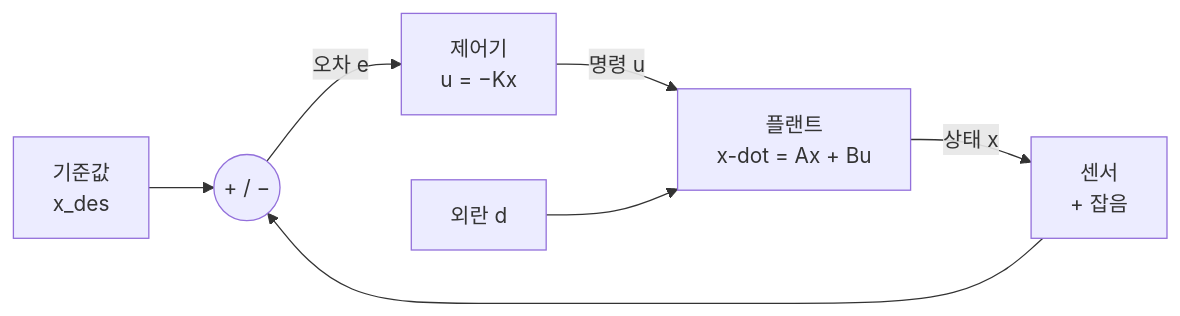
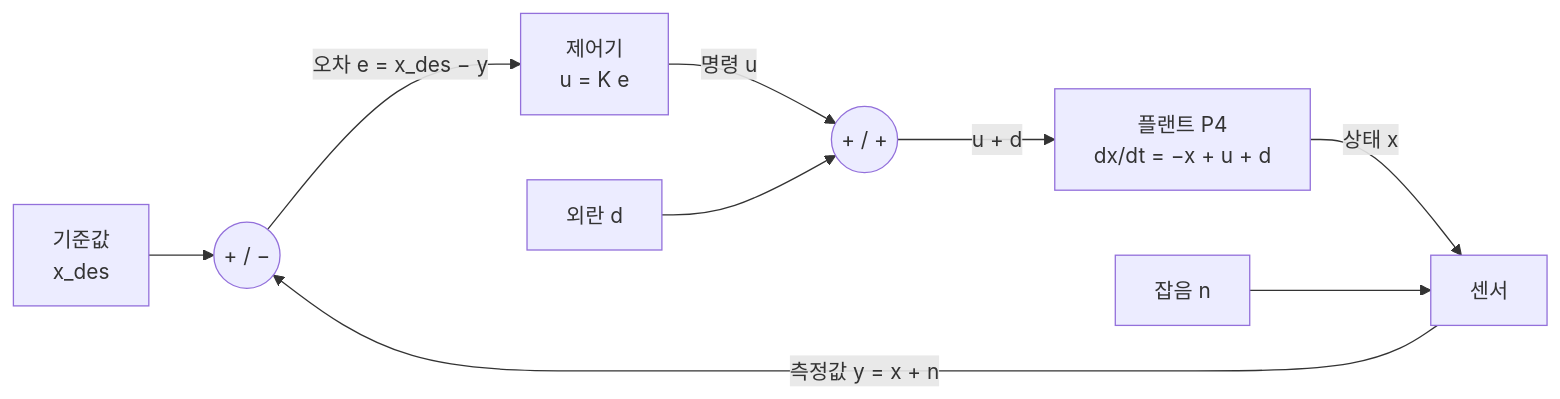
Before and after one commit to jiseop-byeon/phd-wiki: the second of 2 diagrams in content/04-robotics/control-theory-ce397.md, drawn with Mermaid. The commit also changed other lines of this file and 26 other files, not shown here.

````diff
--- a/content/04-robotics/control-theory-ce397.md
+++ b/content/04-robotics/control-theory-ce397.md
@@ -949,9 +1133,11 @@
 ```mermaid
 flowchart LR
     R["기준값<br/>x_des"] --> E(("+ / −"))
-    E -->|"오차 e"| K["제어기<br/>u = −Kx"]
-    K -->|"명령 u"| P["플랜트<br/>x-dot = Ax + Bu"]
-    D["외란 d"] --> P
-    P -->|"상태 x"| S["센서<br/>+ 잡음"]
-    S --> E
+    E -->|"오차 e = x_des − y"| C["제어기<br/>u = K e"]
+    C -->|"명령 u"| J(("+ / +"))
+    D["외란 d"] --> J
+    J -->|"u + d"| P["플랜트 P4<br/>dx/dt = −x + u + d"]
+    P -->|"상태 x"| S["센서"]
+    N["잡음 n"] --> S
+    S -->|"측정값 y = x + n"| E
 ```
````
